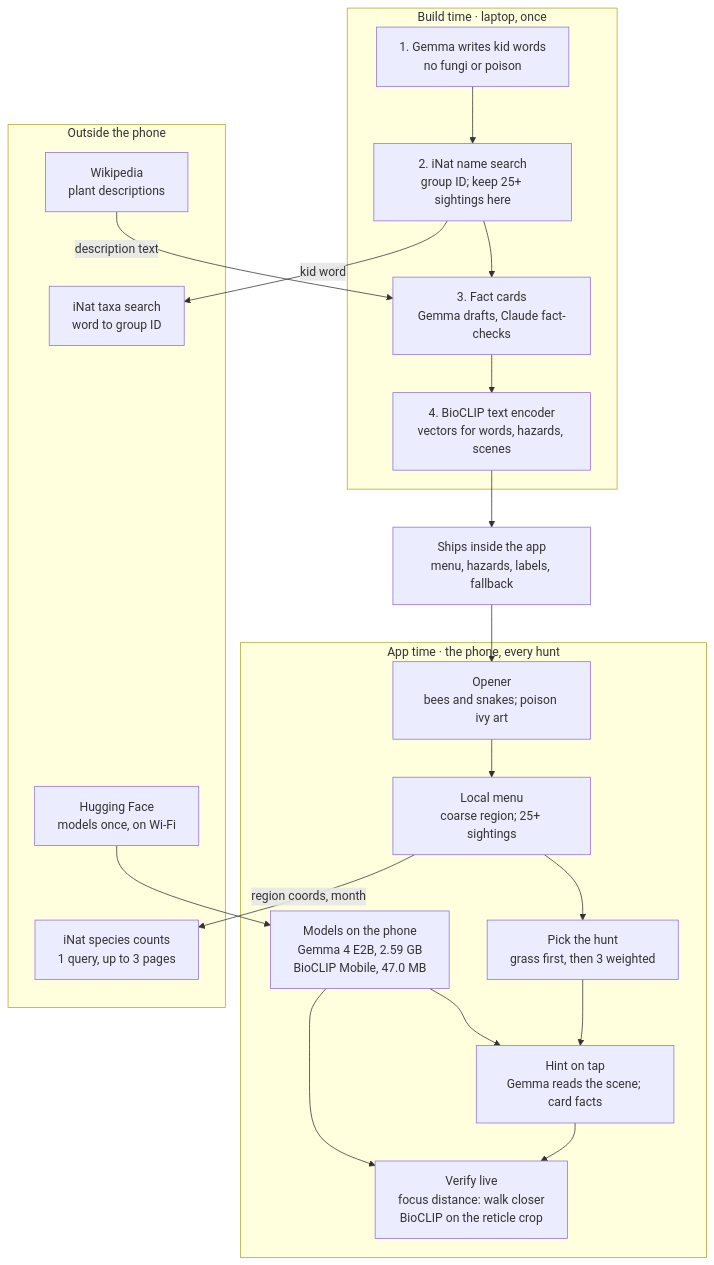
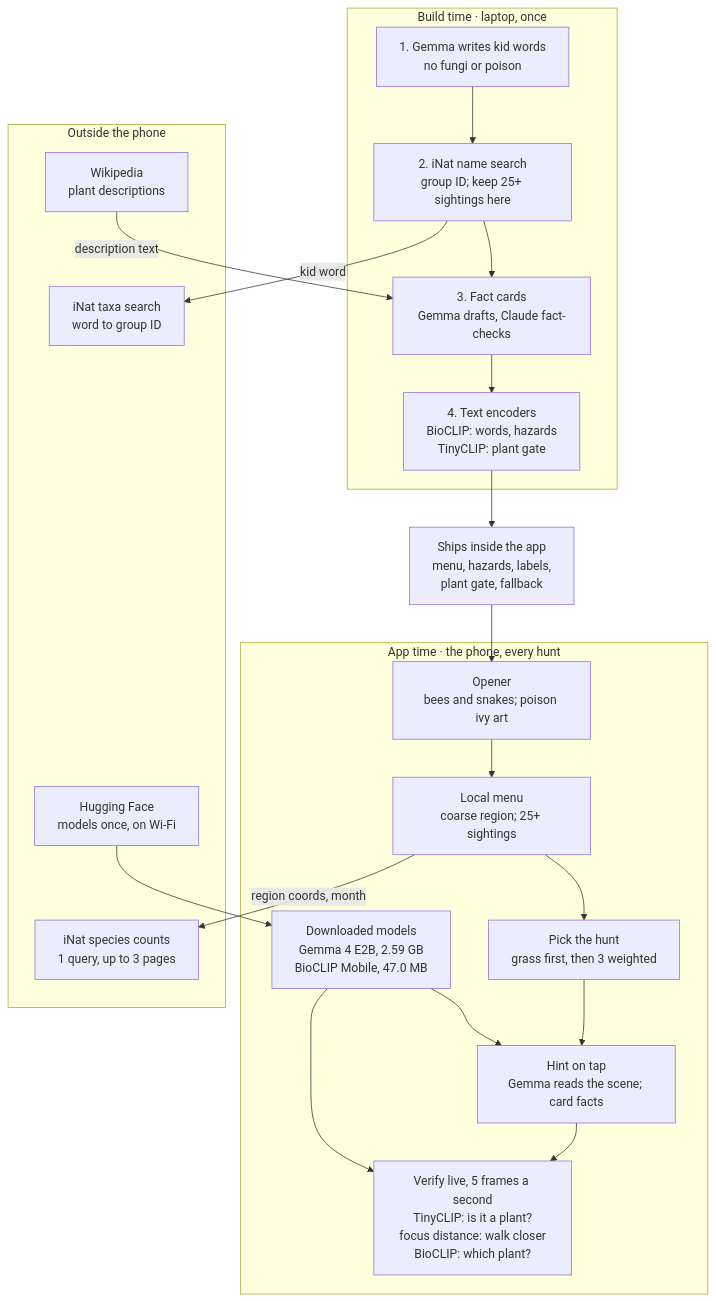
One commit to anchildress1/wild-find changed the diagram in docs/PRD.md. Above: the diagram before and after it, drawn with Mermaid. The commit also changed other lines of this file, not shown here.

First line of the commit message:
docs: make the PRD consistent with the live plant-gate verify

````diff
--- a/docs/PRD.md
+++ b/docs/PRD.md
@@ -173,43 +173,43 @@
 ```mermaid
 %%{init: {'theme': 'default'}}%%
 flowchart TD
     accTitle: wild-find architecture
-    accDescr: Build time runs once on a laptop and ships menu, hazards, labels, and a fallback list inside the app. At app time the phone runs the opener, local menu, hunt pick, hints, and verification. Photos and precise location never leave the phone.
+    accDescr: Build time runs once on a laptop and ships the menu, hazards, label vectors, the plant gate, and a fallback list inside the app. At app time the phone runs the opener, local menu, hunt pick, hints, and live verification with a plant gate and BioCLIP. Photos and precise location never leave the phone.
 
     subgraph build["Build time · laptop, once"]
         B1["1. Gemma writes kid words<br/>no fungi or poison"]
         B2["2. iNat name search<br/>group ID; keep 25+ sightings here"]
         B3["3. Fact cards<br/>Gemma drafts, Claude fact-checks"]
-        B4["4. BioCLIP text encoder<br/>vectors for words, hazards, scenes"]
+        B4["4. Text encoders<br/>BioCLIP: words, hazards<br/>TinyCLIP: plant gate"]
         B1 --> B2 --> B3 --> B4
     end
 
-    SHIP["Ships inside the app<br/>menu, hazards, labels, fallback"]
+    SHIP["Ships inside the app<br/>menu, hazards, labels,<br/>plant gate, fallback"]
     B4 --> SHIP
 
     subgraph app["App time · the phone, every hunt"]
         A1["Opener<br/>bees and snakes; poison ivy art"]
         A2["Local menu<br/>coarse region; 25+ sightings"]
         A3["Pick the hunt<br/>grass first, then 3 weighted"]
         A4["Hint on tap<br/>Gemma reads the scene; card facts"]
-        A5["Verify live<br/>focus distance: walk closer<br/>BioCLIP on the reticle crop"]
-        M["Models on the phone<br/>Gemma 4 E2B, 2.59 GB<br/>BioCLIP Mobile, 47.0 MB"]
+        A5["Verify live, 5 frames a second<br/>TinyCLIP: is it a plant?<br/>focus distance: walk closer<br/>BioCLIP: which plant?"]
+        M["Downloaded models<br/>Gemma 4 E2B, 2.59 GB<br/>BioCLIP Mobile, 47.0 MB"]
         A1 --> A2 --> A3 --> A4 --> A5
         M --> A4
         M --> A5
     end
 
     SHIP --> A1
 
     subgraph outside["Outside the phone"]
         E1["iNat taxa search<br/>word to group ID"]
         E2["Wikipedia<br/>plant descriptions"]
         E3["iNat species counts<br/>1 query, up to 3 pages"]
         E4["Hugging Face<br/>models once, on Wi-Fi"]
     end
 
     B2 -- "kid word" --> E1
     E2 -- "description text" --> B3
     A2 -- "region coords, month" --> E3
     E4 --> M
 ```
````
